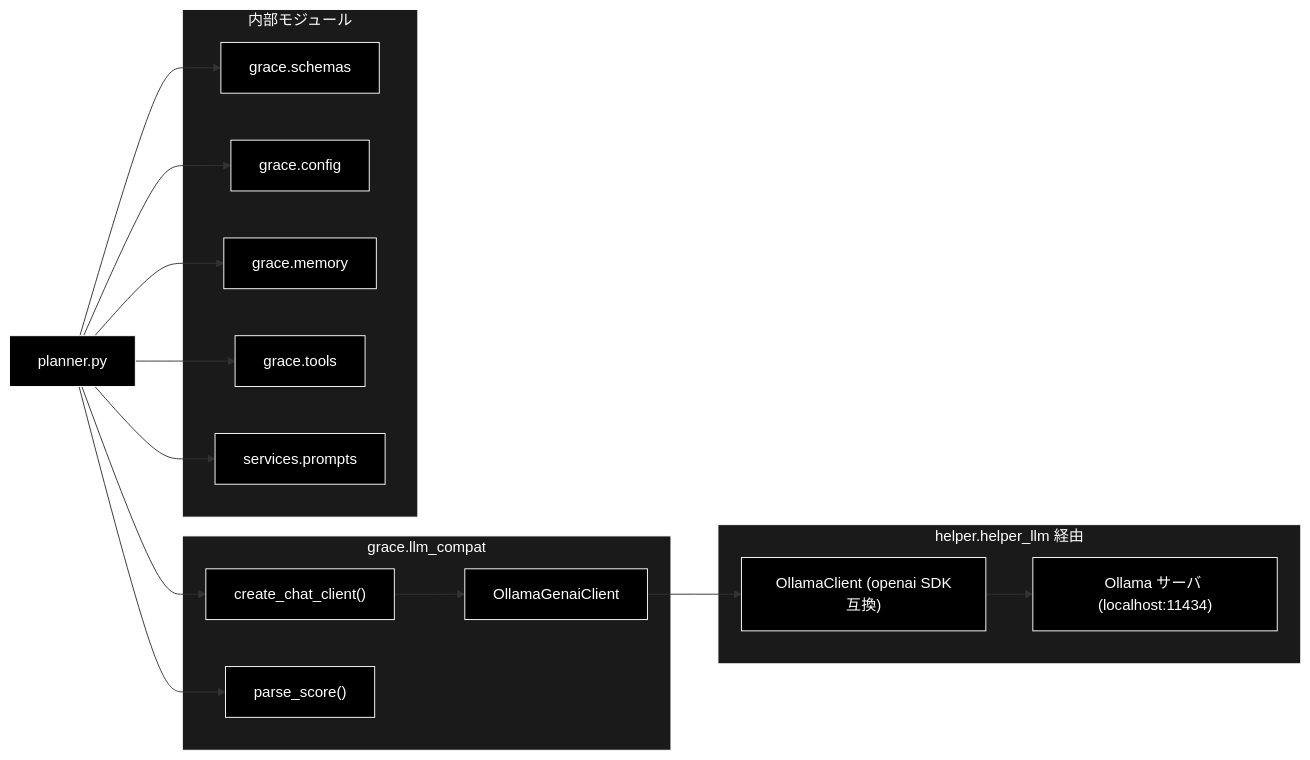
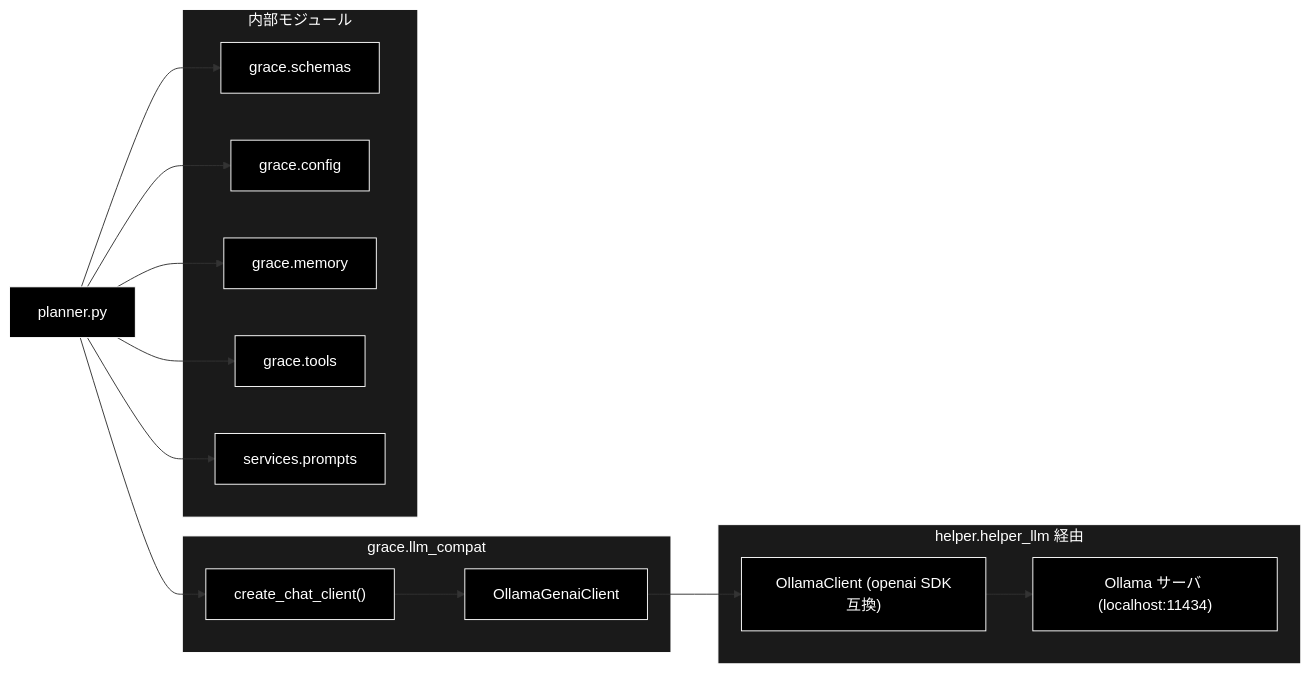
The third of 3 diagrams in grace/docs/planner.md (nakashima2toshio/grace_v2_local), drawn with Mermaid before and after one commit. The commit also changed other lines of this file and 24 other files, not shown here.

````diff
--- a/grace/docs/planner.md
+++ b/grace/docs/planner.md
@@ -1498,40 +1327,38 @@
 ```mermaid
 flowchart LR
     PLANNER["planner.py"]
 
     subgraph LLMCOMPAT["grace.llm_compat"]
         CLIENT["create_chat_client()"]
         OLLAMACLIENT["OllamaGenaiClient"]
-        SCORE["parse_score()"]
     end
 
     subgraph OLLAMA["helper.helper_llm 経由"]
         HELPERLLM["OllamaClient (openai SDK互換)"]
         OLLAMASRV["Ollama サーバ (localhost:11434)"]
     end
 
     subgraph INTERNAL["内部モジュール"]
         SCHEMAS["grace.schemas"]
         CONFIG["grace.config"]
         MEMORY["grace.memory"]
         TOOLS["grace.tools"]
         PROMPTS["services.prompts"]
     end
 
     PLANNER --> CLIENT
-    PLANNER --> SCORE
     CLIENT --> OLLAMACLIENT
     OLLAMACLIENT --> HELPERLLM
     HELPERLLM --> OLLAMASRV
     PLANNER --> SCHEMAS
     PLANNER --> CONFIG
     PLANNER --> MEMORY
     PLANNER --> TOOLS
     PLANNER --> PROMPTS
 classDef default fill:#000,stroke:#fff,color:#fff
 classDef subgraphStyle fill:#1a1a1a,stroke:#fff,color:#fff
-class PLANNER,CLIENT,OLLAMACLIENT,SCORE,HELPERLLM,OLLAMASRV,SCHEMAS,CONFIG,MEMORY,TOOLS,PROMPTS default
+class PLANNER,CLIENT,OLLAMACLIENT,HELPERLLM,OLLAMASRV,SCHEMAS,CONFIG,MEMORY,TOOLS,PROMPTS default
 style LLMCOMPAT fill:#1a1a1a,stroke:#fff,color:#fff
 style OLLAMA fill:#1a1a1a,stroke:#fff,color:#fff
 style INTERNAL fill:#1a1a1a,stroke:#fff,color:#fff
 ```
````
